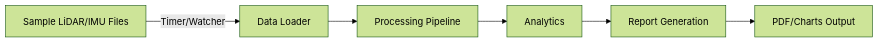
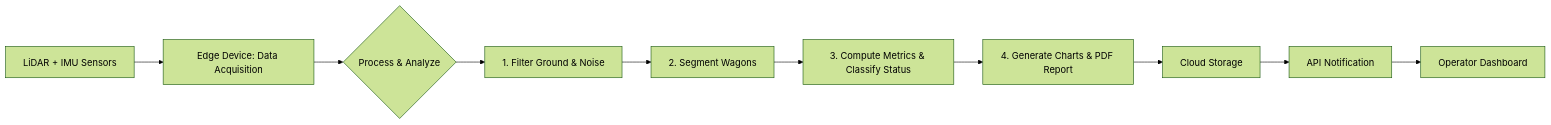
The diagram in docs/Intelligent Wagon Load Analysis & Reporting System (IWLARS).md (prankitapotbhare/IWLARS), drawn with Mermaid (forest theme) before and after one commit. The commit also changed other lines of this file and 3 other files, not shown here.

````diff
--- a/docs/Intelligent Wagon Load Analysis & Reporting System (IWLARS).md
+++ b/docs/Intelligent Wagon Load Analysis & Reporting System (IWLARS).md
@@ -104,8 +72,12 @@
 ```mermaid
 flowchart LR
-    A[Sample LiDAR/IMU Files] -->|Timer/Watcher| B[Data Loader]
-    B --> C[Processing Pipeline]
-    C --> D[Analytics]
-    D --> E[Report Generation]
-    E --> F[PDF/Charts Output]
+    A[LiDAR + IMU Sensors] --> B[Edge Device: Data Acquisition]
+    B --> C{Process & Analyze}
+    C --> D[1. Filter Ground & Noise]
+    D --> E[2. Segment Wagons]
+    E --> F[3. Compute Metrics & Classify Status]
+    F --> G[4. Generate Charts & PDF Report]
+    G --> H[Cloud Storage]
+    H --> I[API Notification]
+    I --> J[Operator Dashboard]
 ```
````
